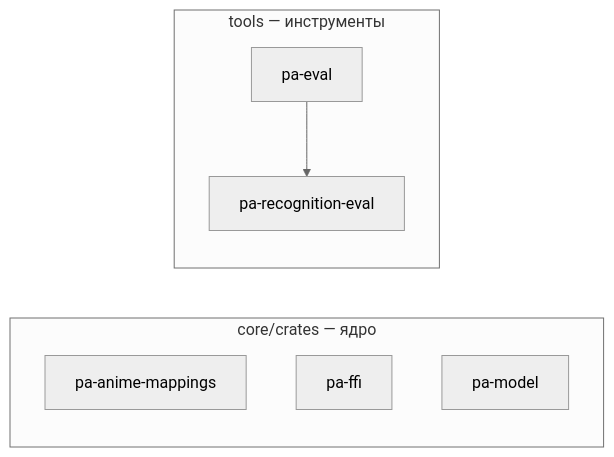
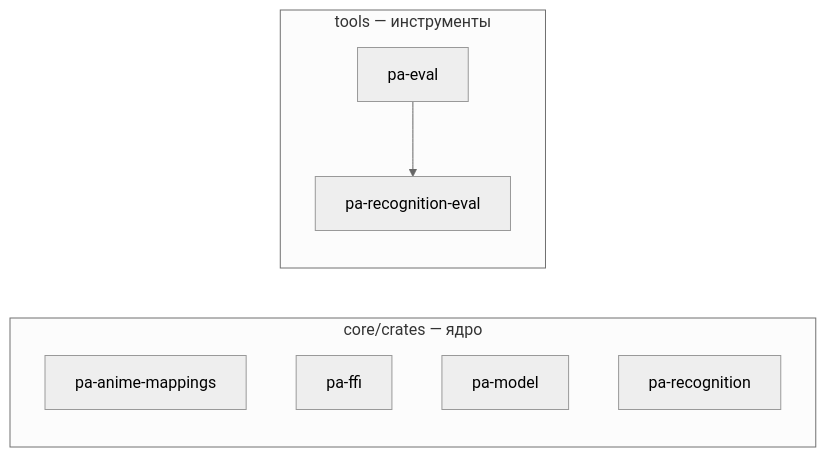
The diagram in docs/dev/crate-graph.md (DenisHumen/project_alpha), drawn with Mermaid (neutral theme) before and after one commit. The commit also changed other lines of this file and 6 other files, not shown here.

````diff
--- a/docs/dev/crate-graph.md
+++ b/docs/dev/crate-graph.md
@@ -12,13 +12,14 @@
 ```mermaid
 flowchart LR
   subgraph g0["core/crates — ядро"]
     pa_anime_mappings["pa-anime-mappings"]
     pa_ffi["pa-ffi"]
     pa_model["pa-model"]
+    pa_recognition["pa-recognition"]
   end
   subgraph g1["tools — инструменты"]
     pa_eval["pa-eval"]
     pa_recognition_eval["pa-recognition-eval"]
   end
   pa_eval --> pa_recognition_eval
 ```
````
